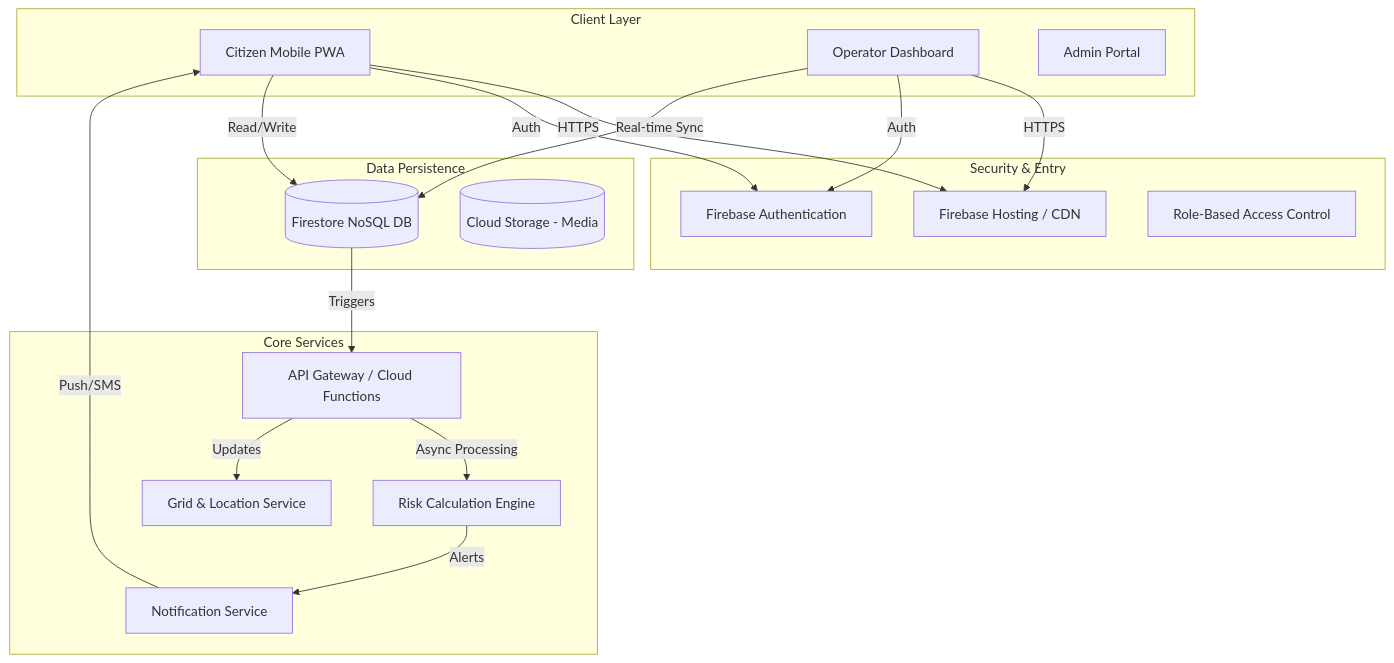
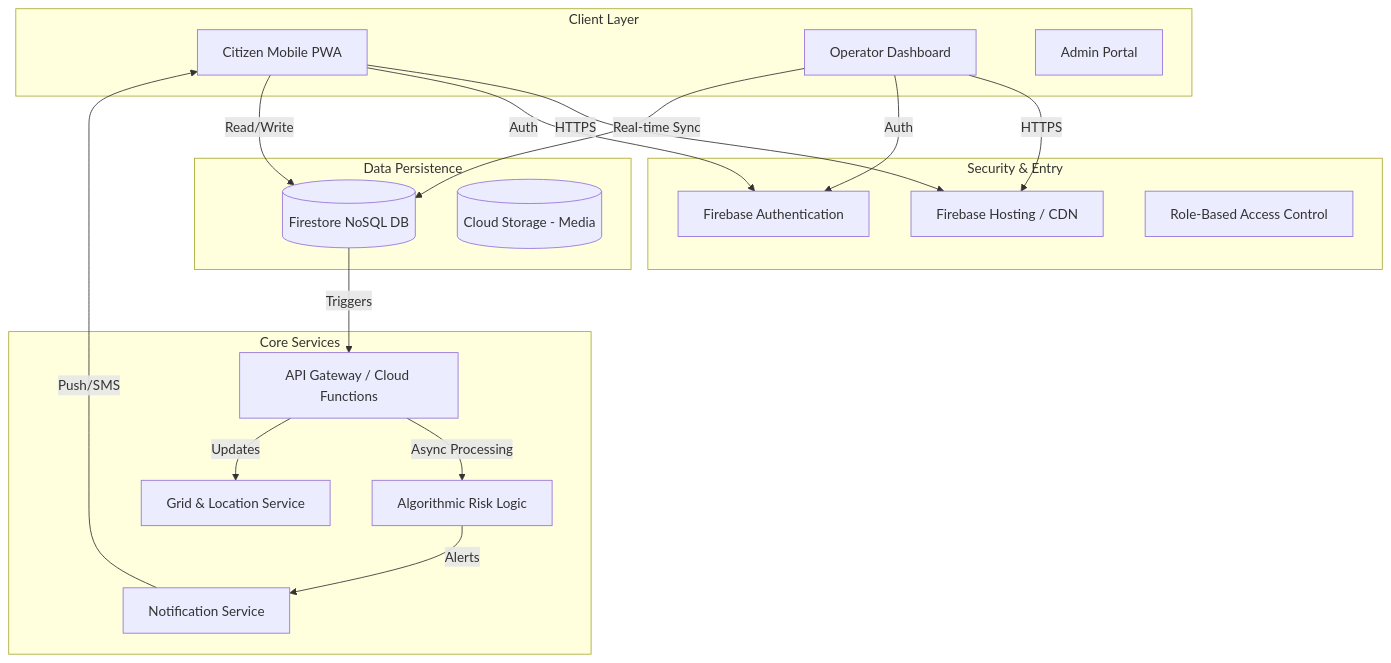
The first of 3 diagrams in README.md (mohitUpraity/i-n-d-r-a), drawn with Mermaid before and after one commit. The commit also changed other lines of this file, not shown here.

Commit message:
docs: clarify AI usage vs algorithmic verification in README

````diff
--- a/README.md
+++ b/README.md
@@ -30,41 +30,41 @@
 ```mermaid
 graph TD
     subgraph "Client Layer"
         CitizenApp[Citizen Mobile PWA]
         OperatorDash[Operator Dashboard]
         AdminPanel[Admin Portal]
     end
 
     subgraph "Security & Entry"
         CDN[Firebase Hosting / CDN]
         Auth[Firebase Authentication]
         RBAC[Role-Based Access Control]
     end
 
     subgraph "Core Services"
         API[API Gateway / Cloud Functions]
-        RiskEngine[Risk Calculation Engine]
+        RiskEngine[Algorithmic Risk Logic]
         GeoService[Grid & Location Service]
         Notifier[Notification Service]
     end
 
     subgraph "Data Persistence"
         Firestore[(Firestore NoSQL DB)]
         Storage[(Cloud Storage - Media)]
     end
 
     CitizenApp -->|HTTPS| CDN
     OperatorDash -->|HTTPS| CDN
 
     CitizenApp -->|Auth| Auth
     OperatorDash -->|Auth| Auth
 
     CitizenApp -->|Read/Write| Firestore
     OperatorDash -->|Real-time Sync| Firestore
 
     Firestore -->|Triggers| API
     API -->|Async Processing| RiskEngine
     API -->|Updates| GeoService
     RiskEngine -->|Alerts| Notifier
     Notifier -->|Push/SMS| CitizenApp
 ```
````
